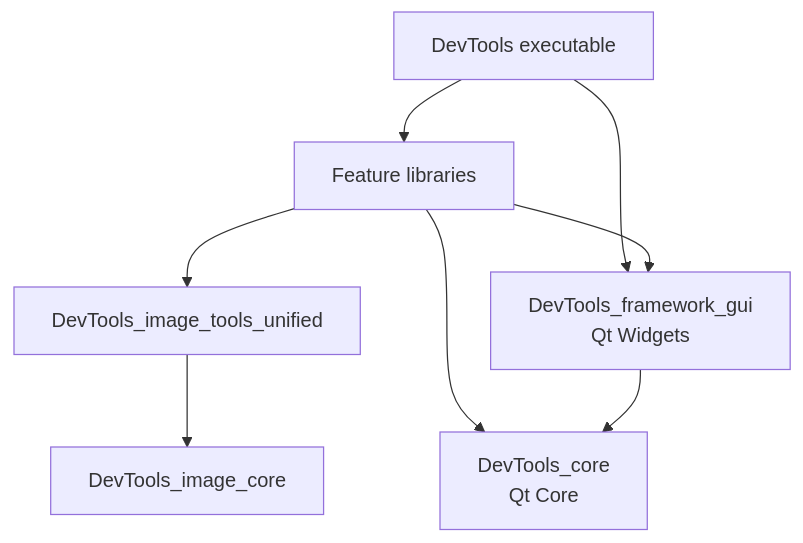
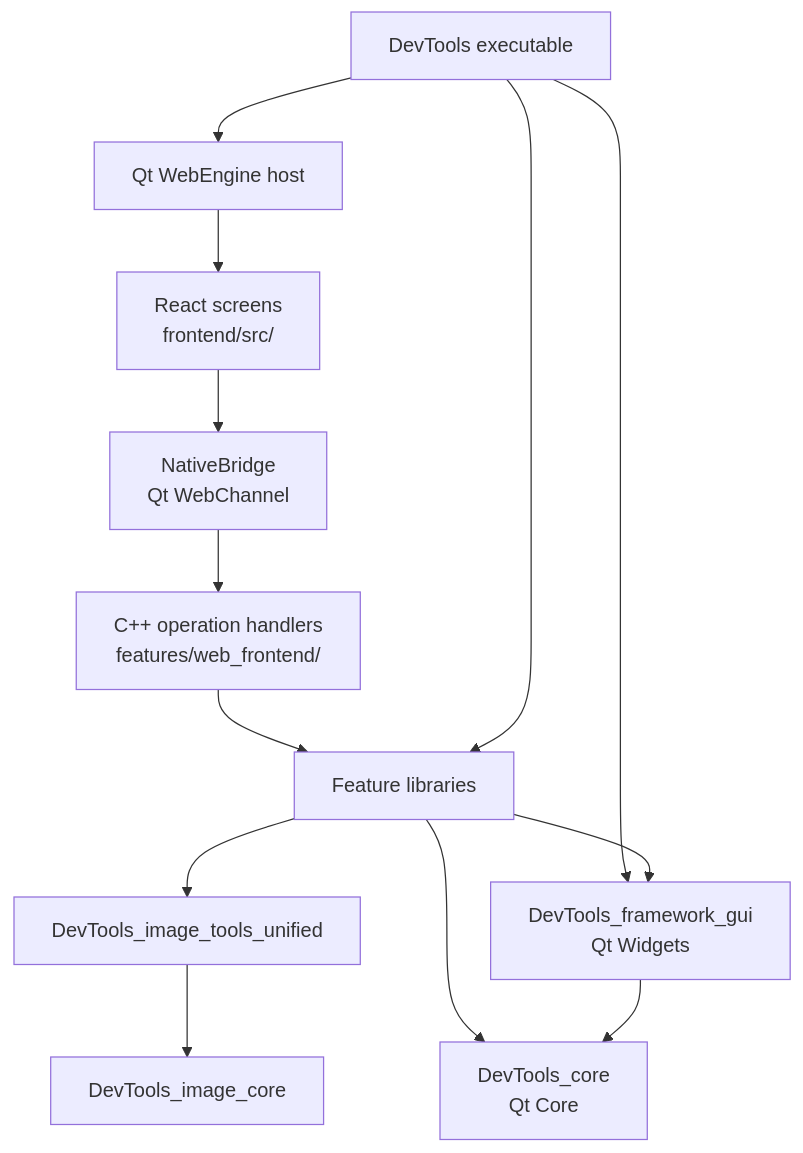
The second of 9 diagrams in docs/development/architecture.md (LotusAndCompany/devtools), drawn with Mermaid before and after one commit. The commit also changed other lines of this file and 37 other files, not shown here.

````diff
--- a/docs/development/architecture.md
+++ b/docs/development/architecture.md
@@ -61,16 +70,21 @@
 ```mermaid
 flowchart TD
     app["DevTools executable"]
+    app --> web_host["Qt WebEngine host"]
+    web_host --> react["React screens<br/>frontend/src/"]
+    react --> bridge["NativeBridge<br/>Qt WebChannel"]
+    bridge --> operations["C++ operation handlers<br/>features/web_frontend/"]
+    operations --> features
     features["Feature libraries"]
     image["DevTools_image_tools_unified"]
     image_core["DevTools_image_core"]
     gui["DevTools_framework_gui<br/>Qt Widgets"]
     core["DevTools_core<br/>Qt Core"]
     app --> features
     app --> gui
     features --> image
     features --> gui
     features --> core
     image --> image_core
     gui --> core
 ```
````
